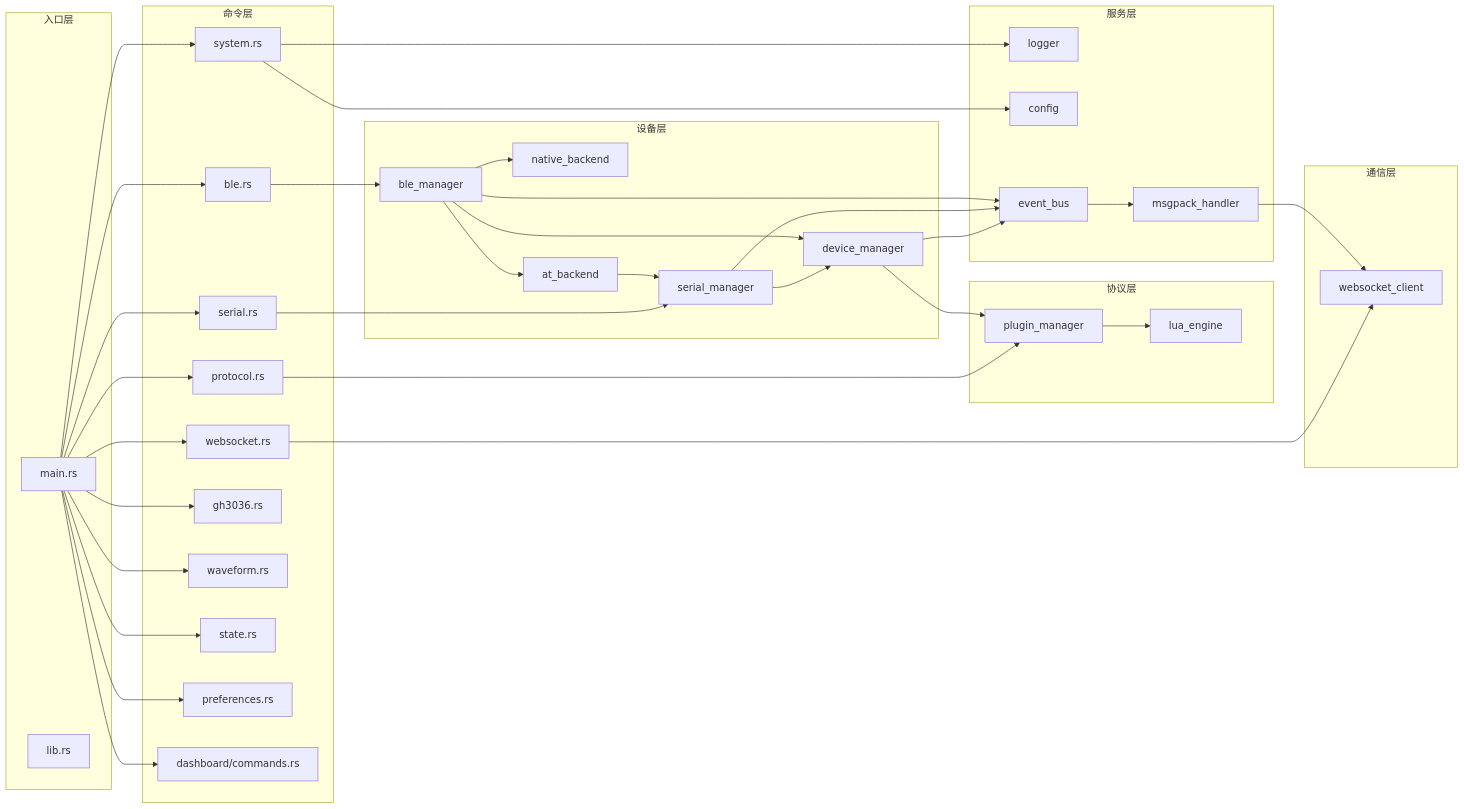
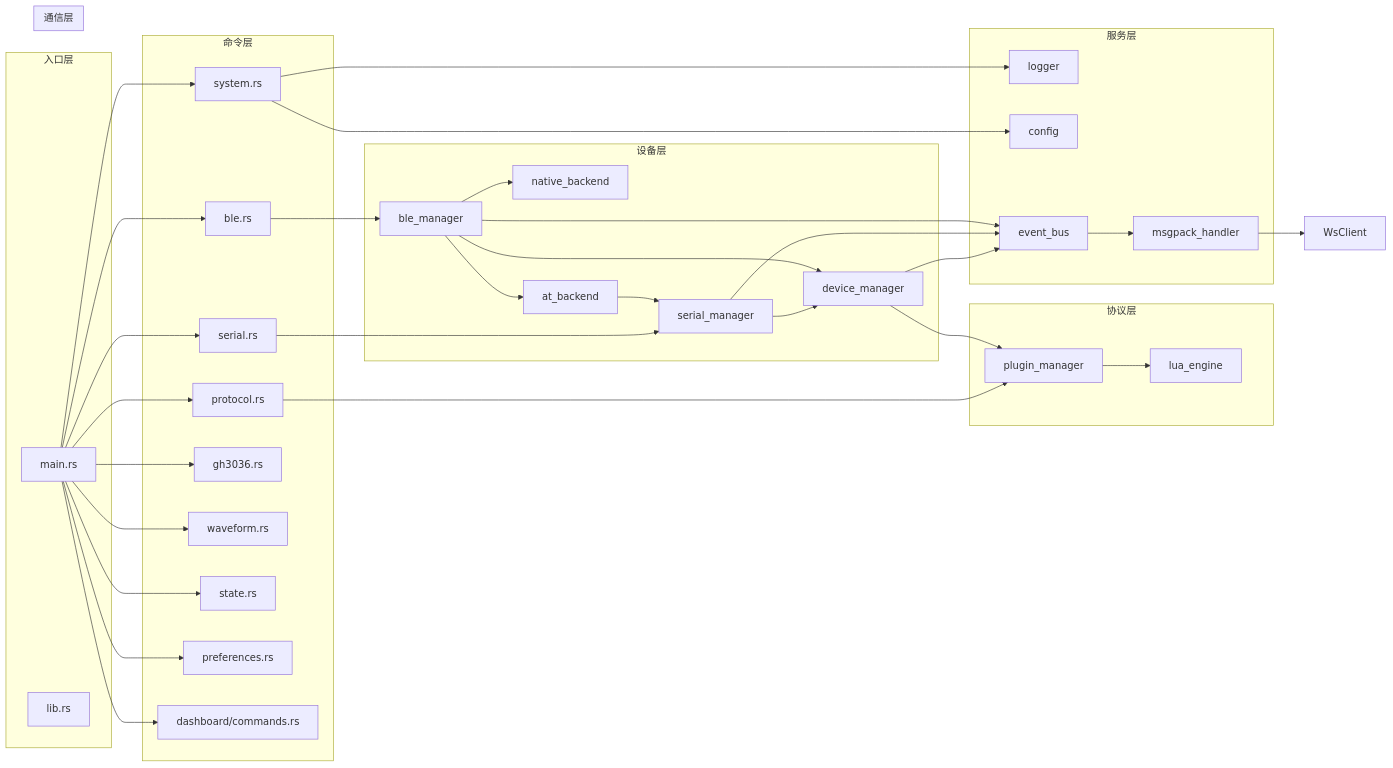
One commit to XiaoPb/combridge changed the sixth of 7 diagrams in docs/ComBridge Tauri 2.0 架构文档.md. Above: the diagram before and after it, drawn with Mermaid. The commit also changed other lines of this file and 12 other files, not shown here.

````diff
--- a/docs/ComBridge Tauri 2.0 架构文档.md
+++ b/docs/ComBridge Tauri 2.0 架构文档.md
@@ -708,77 +690,73 @@
 ```mermaid
 flowchart LR
     subgraph 入口层
         Main[main.rs]
         Lib[lib.rs]
     end
     
     subgraph 命令层
         SerialCmd[serial.rs]
         BleCmd[ble.rs]
         ProtocolCmd[protocol.rs]
         SystemCmd[system.rs]
-        WsCmd[websocket.rs]
         Gh3036Cmd[gh3036.rs]
         WaveformCmd[waveform.rs]
         StateCmd[state.rs]
         PreferencesCmd[preferences.rs]
         DashboardCmd[dashboard/commands.rs]
     end
     
     subgraph 设备层
         DevMgr[device_manager]
         SerialMgr[serial_manager]
         BleMgr[ble_manager]
         NativeBackend[native_backend]
         AtBackend[at_backend]
     end
     
     subgraph 协议层
         PluginMgr[plugin_manager]
         LuaEngine[lua_engine]
     end
     
     subgraph 服务层
         Logger[logger]
         Config[config]
         EventBus[event_bus]
         MsgPack[msgpack_handler]
     end
     
     subgraph 通信层
-        WsClient[websocket_client]
     end
     
     Main --> SerialCmd
     Main --> BleCmd
     Main --> ProtocolCmd
     Main --> SystemCmd
-    Main --> WsCmd
     Main --> Gh3036Cmd
     Main --> WaveformCmd
     Main --> StateCmd
     Main --> PreferencesCmd
     Main --> DashboardCmd
     
     SerialCmd --> SerialMgr
     BleCmd --> BleMgr
     ProtocolCmd --> PluginMgr
     SystemCmd --> Logger
     SystemCmd --> Config
-    WsCmd --> WsClient
     
     SerialMgr --> DevMgr
     BleMgr --> DevMgr
     BleMgr --> NativeBackend
     BleMgr --> AtBackend
     AtBackend --> SerialMgr
     
     DevMgr --> PluginMgr
     PluginMgr --> LuaEngine
     
     DevMgr --> EventBus
     SerialMgr --> EventBus
     BleMgr --> EventBus
     EventBus --> MsgPack
     MsgPack --> WsClient
 ```
````
